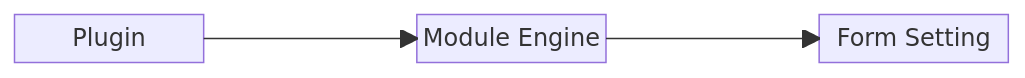
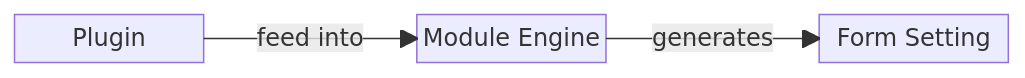
Before and after one commit to Kiogreo/todo: the diagram in .input/adam-module-engine.mermaid, drawn with Mermaid. The commit also changed 12 other files, not shown here.

```diff
--- a/.input/adam-module-engine.mermaid
+++ b/.input/adam-module-engine.mermaid
@@ -1,5 +1,5 @@
 block
   plugin["Plugin"] space moduleEngine["Module Engine"]
+  plugin["Plugin"] -- "feed into" --> moduleEngine["Module Engine"]
   moduleEngine["Module Engine"] space formSetting["Form Setting"]
-  plugin["Plugin"] --> moduleEngine["Module Engine"]
-  moduleEngine["Module Engine"] --> formSetting["Form Setting"]
+  moduleEngine["Module Engine"] -- "generates" --> formSetting["Form Setting"]
```
